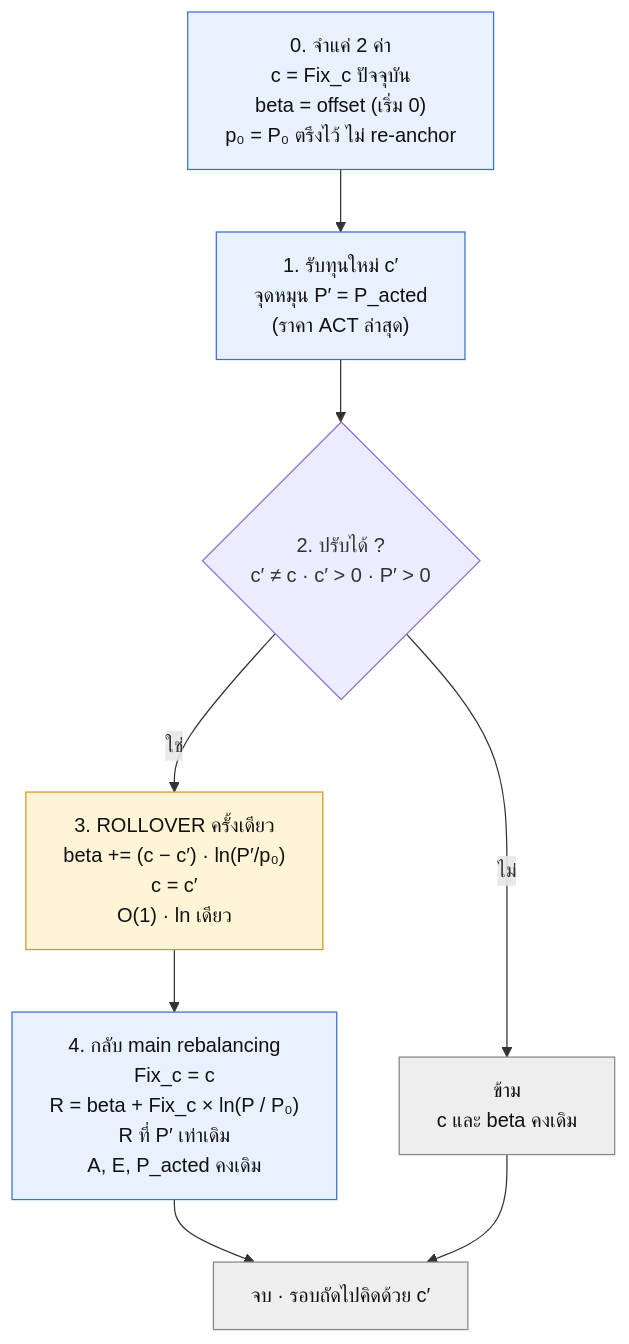
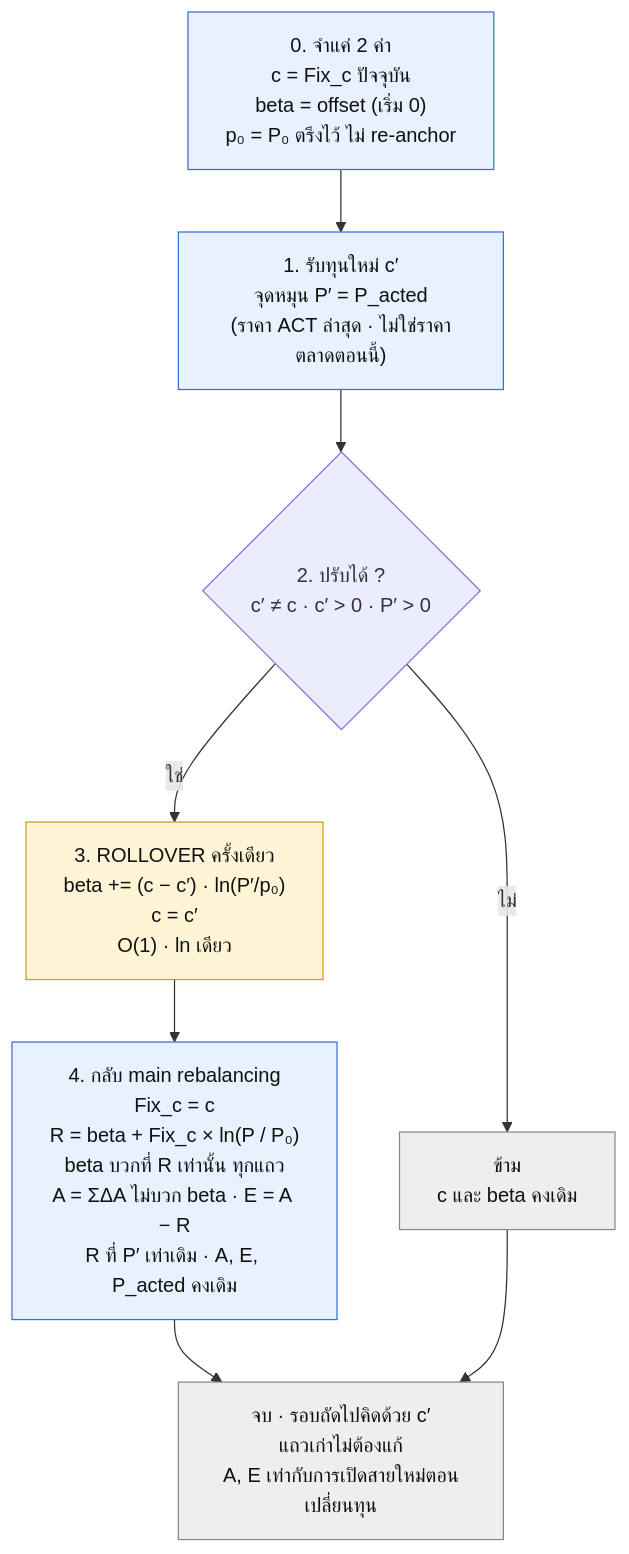
Before and after one commit to firstnattapon/streamlit_lego: the diagram in cheat_sheet/rollover.mmd, drawn with Mermaid. The commit also changed 4 other files, not shown here.

```diff
--- a/cheat_sheet/rollover.mmd
+++ b/cheat_sheet/rollover.mmd
@@ -1,19 +1,19 @@
 flowchart TD
-    S["0. จำแค่ 2 ค่า<br/>c = Fix_c ปัจจุบัน<br/>beta = offset (เริ่ม 0)<br/>p₀ = P₀ ตรึงไว้ ไม่ re-anchor"] --> A["1. รับทุนใหม่ c′<br/>จุดหมุน P′ = P_acted<br/>(ราคา ACT ล่าสุด)"]
+    S["0. จำแค่ 2 ค่า<br/>c = Fix_c ปัจจุบัน<br/>beta = offset (เริ่ม 0)<br/>p₀ = P₀ ตรึงไว้ ไม่ re-anchor"] --> A["1. รับทุนใหม่ c′<br/>จุดหมุน P′ = P_acted<br/>(ราคา ACT ล่าสุด · ไม่ใช่ราคาตลาดตอนนี้)"]
 
     A --> B{"2. ปรับได้ ?<br/>c′ ≠ c · c′ > 0 · P′ > 0"}
 
     B -->|"ใช่"| C["3. ROLLOVER ครั้งเดียว<br/>beta += (c − c′) · ln(P′/p₀)<br/>c = c′<br/>O(1) · ln เดียว"]
     B -->|"ไม่"| SKIP["ข้าม<br/>c และ beta คงเดิม"]
 
-    C --> D["4. กลับ main rebalancing<br/>Fix_c = c<br/>R = beta + Fix_c × ln(P / P₀)<br/>R ที่ P′ เท่าเดิม<br/>A, E, P_acted คงเดิม"]
-    D --> DONE["จบ · รอบถัดไปคิดด้วย c′"]
+    C --> D["4. กลับ main rebalancing<br/>Fix_c = c<br/>R = beta + Fix_c × ln(P / P₀)<br/>beta บวกที่ R เท่านั้น ทุกแถว<br/>A = ΣΔA ไม่บวก beta · E = A − R<br/>R ที่ P′ เท่าเดิม · A, E, P_acted คงเดิม"]
+    D --> DONE["จบ · รอบถัดไปคิดด้วย c′<br/>แถวเก่าไม่ต้องแก้<br/>A, E เท่ากับการเปิดสายใหม่ตอนเปลี่ยนทุน"]
     SKIP --> DONE
 
     classDef calc fill:#e8f1ff,stroke:#3b6fd4,color:#111;
     classDef act fill:#fff4d6,stroke:#d49a1a,color:#111;
     classDef end_ fill:#eeeeee,stroke:#888,color:#111;
 
     class S,A,D calc;
     class C act;
     class SKIP,DONE end_;
```
